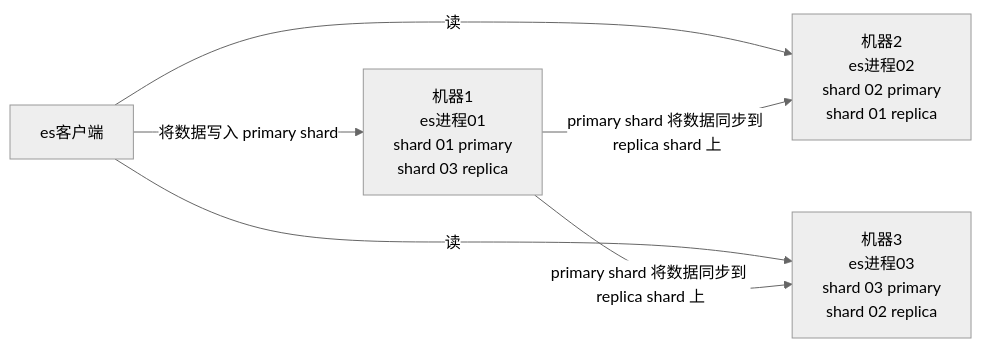
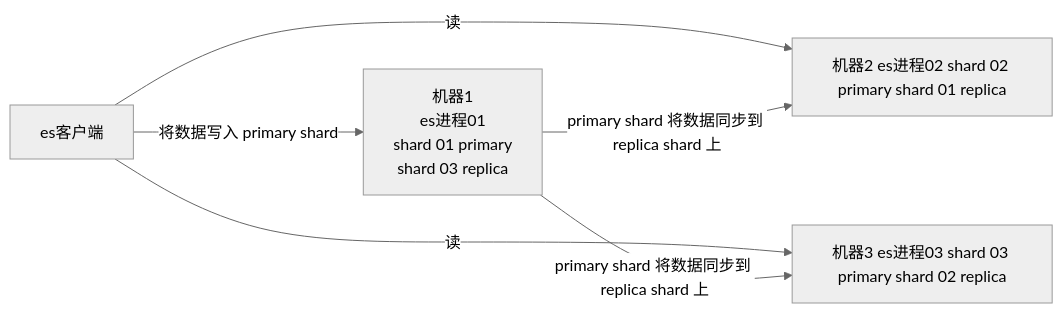
One commit to 0xcaffebabe/note changed the second of 7 diagrams in doc/中间件/数据库/ElasticSearch.md. Above: the diagram before and after it, drawn with Mermaid (neutral theme). The commit also changed other lines of this file, not shown here.

````diff
--- a/doc/中间件/数据库/ElasticSearch.md
+++ b/doc/中间件/数据库/ElasticSearch.md
@@ -564,10 +564,10 @@
 ```mermaid
 graph LR
     A[es客户端] -->|将数据写入 primary shard| B[机器1\nes进程01\nshard 01 primary\nshard 03 replica]
-    A -->|读| C[机器2\nes进程02\nshard 02 primary\nshard 01 replica]
-    A -->|读| D[机器3\nes进程03\nshard 03 primary\nshard 02 replica]
+    A -->|读| C[机器2 es进程02 shard 02 primary shard 01 replica]
+    A -->|读| D[机器3 es进程03 shard 03 primary shard 02 replica]
     
     B -->|primary shard 将数据同步到 replica shard 上| C
     B -->|primary shard 将数据同步到 replica shard 上| D
 
 ```
````
